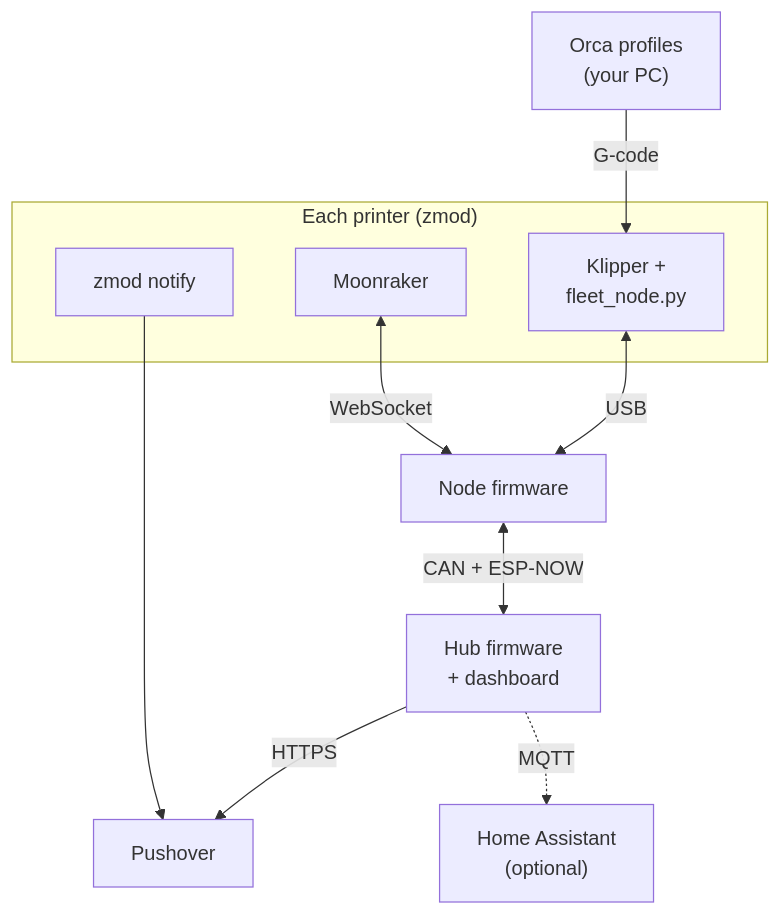
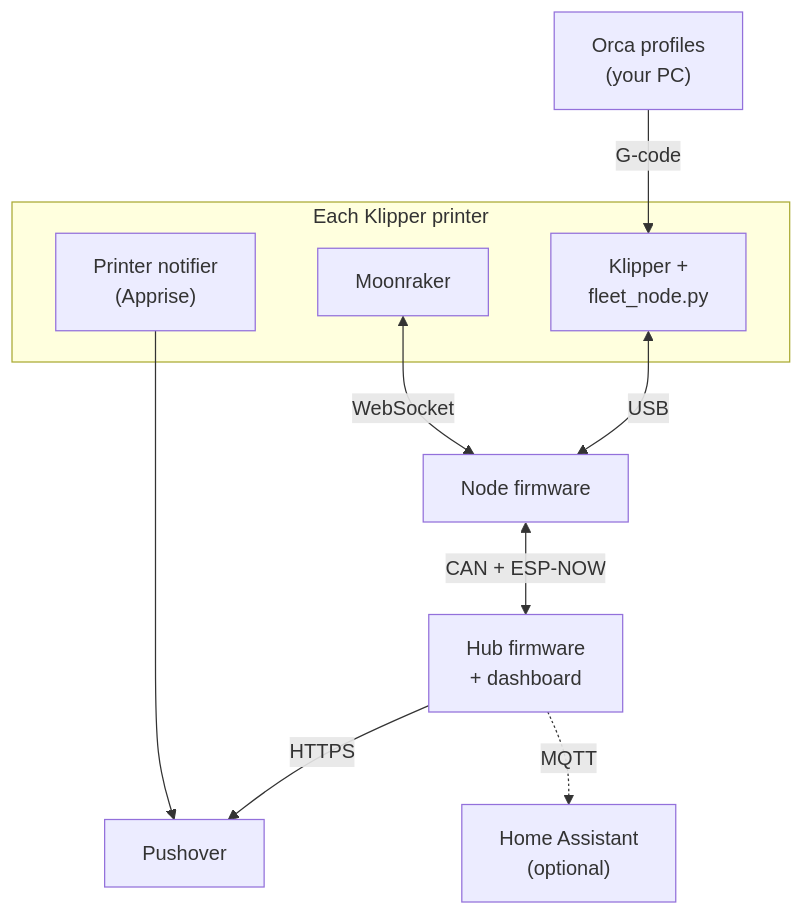
Before and after one commit to BashfulBits/3dp-fleet-exhaust: the first of 11 diagrams in docs/07_firmware_and_comms.md, drawn with Mermaid. The commit also changed other lines of this file and 40 other files, not shown here.

````diff
--- a/docs/07_firmware_and_comms.md
+++ b/docs/07_firmware_and_comms.md
@@ -19,15 +19,15 @@
 ```mermaid
 flowchart TB
   ORCA["Orca profiles<br>(your PC)"] -->|"G-code"| KL
-  subgraph printer["Each printer (zmod)"]
+  subgraph printer["Each Klipper printer"]
     KL["Klipper +<br>fleet_node.py"]
     MOON["Moonraker"]
-    NTF["zmod notify"]
+    NTF["Printer notifier<br>(Apprise)"]
   end
   KL <-->|"USB"| NF["Node firmware"]
   MOON <-->|"WebSocket"| NF
   NF <-->|"CAN + ESP-NOW"| HF["Hub firmware<br>+ dashboard"]
   HF -->|"HTTPS"| PO["Pushover"]
   NTF --> PO
   HF -.->|"MQTT"| HA["Home Assistant<br>(optional)"]
 ```
````
